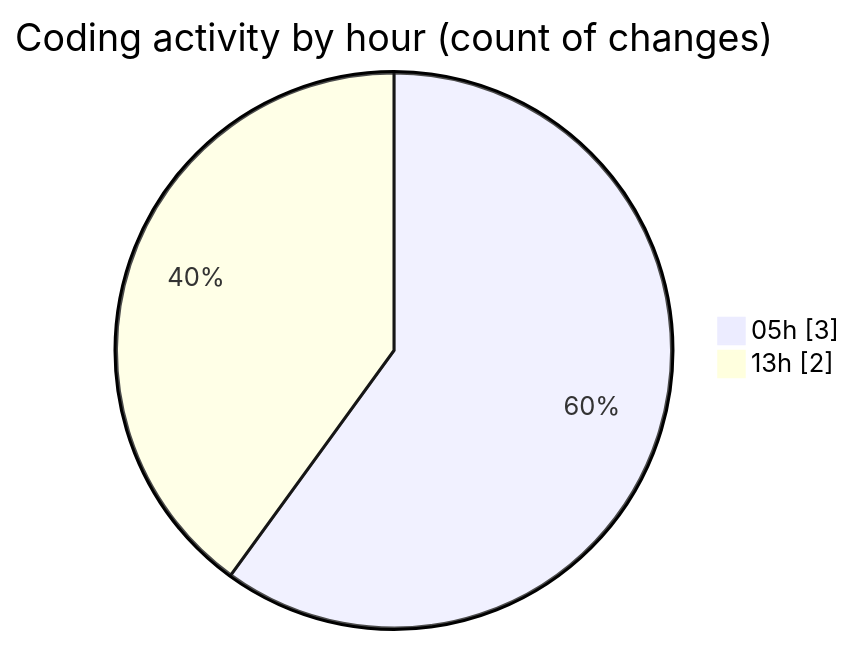
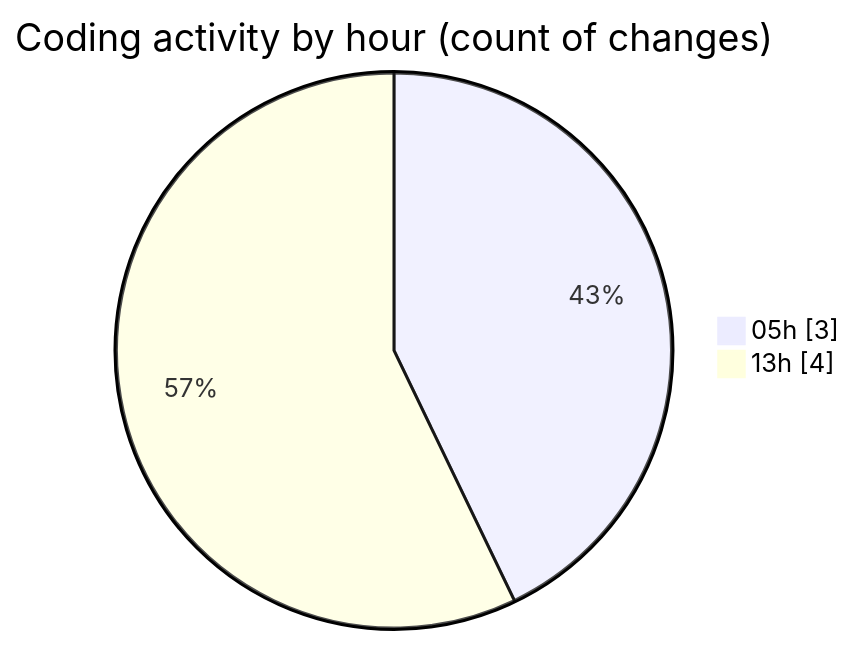
The second of 2 diagrams in 2026-07-11/untitled__workspace_/README.md (shibass792/code-tracking), drawn with Mermaid before and after one commit. The commit also changed other lines of this file and 1 other file, not shown here.

````diff
--- a/2026-07-11/untitled__workspace_/README.md
+++ b/2026-07-11/untitled__workspace_/README.md
@@ -28,6 +28,6 @@
 ```mermaid
 pie showData
 title Coding activity by hour (count of changes)
 "05h" : 3
-"13h" : 2
+"13h" : 4
 ```
````
